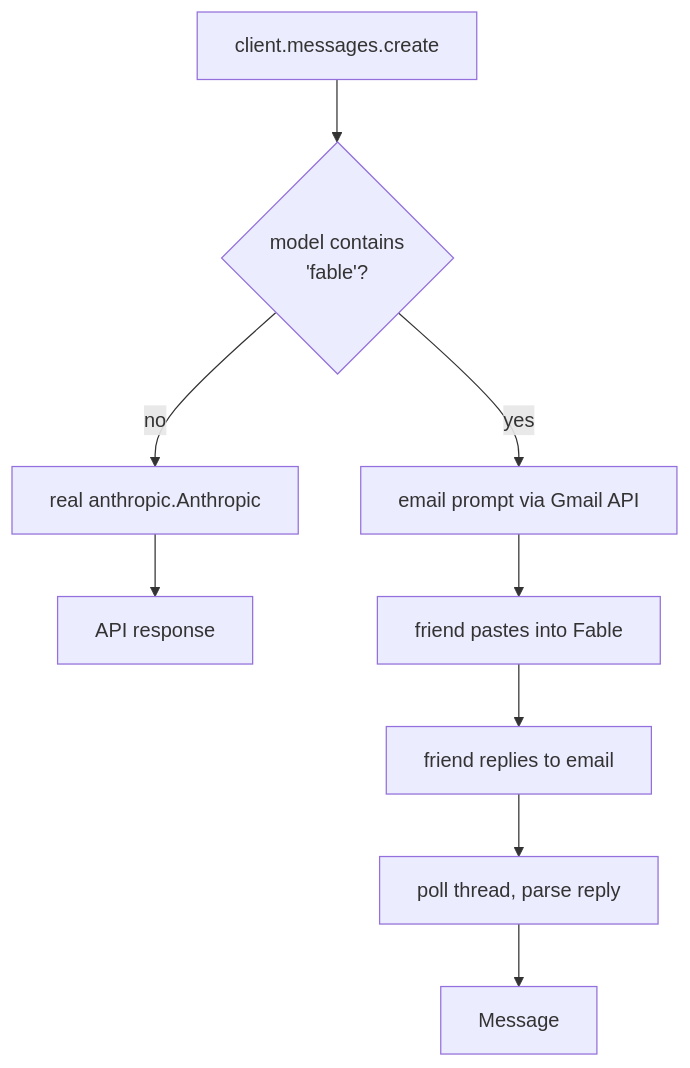
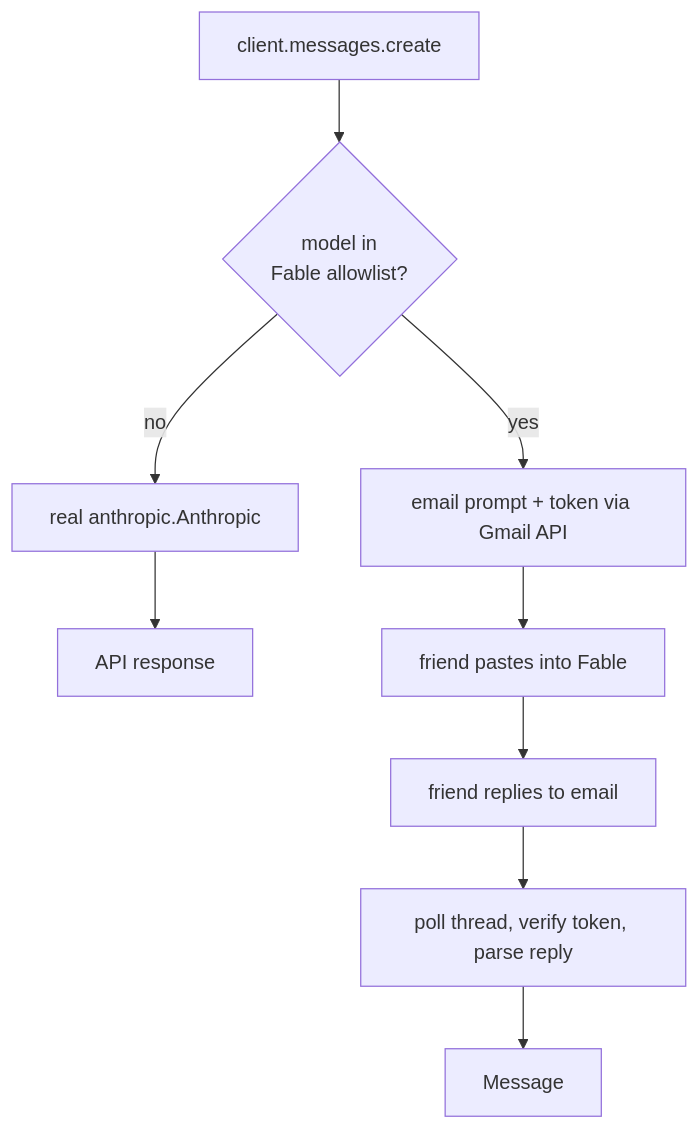
One commit to plwp/fable-meat-proxy changed the diagram in README.md. Above: the diagram before and after it, drawn with Mermaid. The commit also changed other lines of this file and 13 other files, not shown here.

````diff
--- a/README.md
+++ b/README.md
@@ -18,7 +22,7 @@
 ```mermaid
 flowchart TD
-    A[client.messages.create] --> B{model contains<br/>'fable'?}
+    A[client.messages.create] --> B{model in<br/>Fable allowlist?}
     B -- no --> C[real anthropic.Anthropic] --> D[API response]
-    B -- yes --> E[email prompt via Gmail API] --> F[friend pastes into Fable]
-    F --> G[friend replies to email] --> H[poll thread, parse reply] --> I[Message]
+    B -- yes --> E[email prompt + token via Gmail API] --> F[friend pastes into Fable]
+    F --> G[friend replies to email] --> H[poll thread, verify token, parse reply] --> I[Message]
 ```
````
